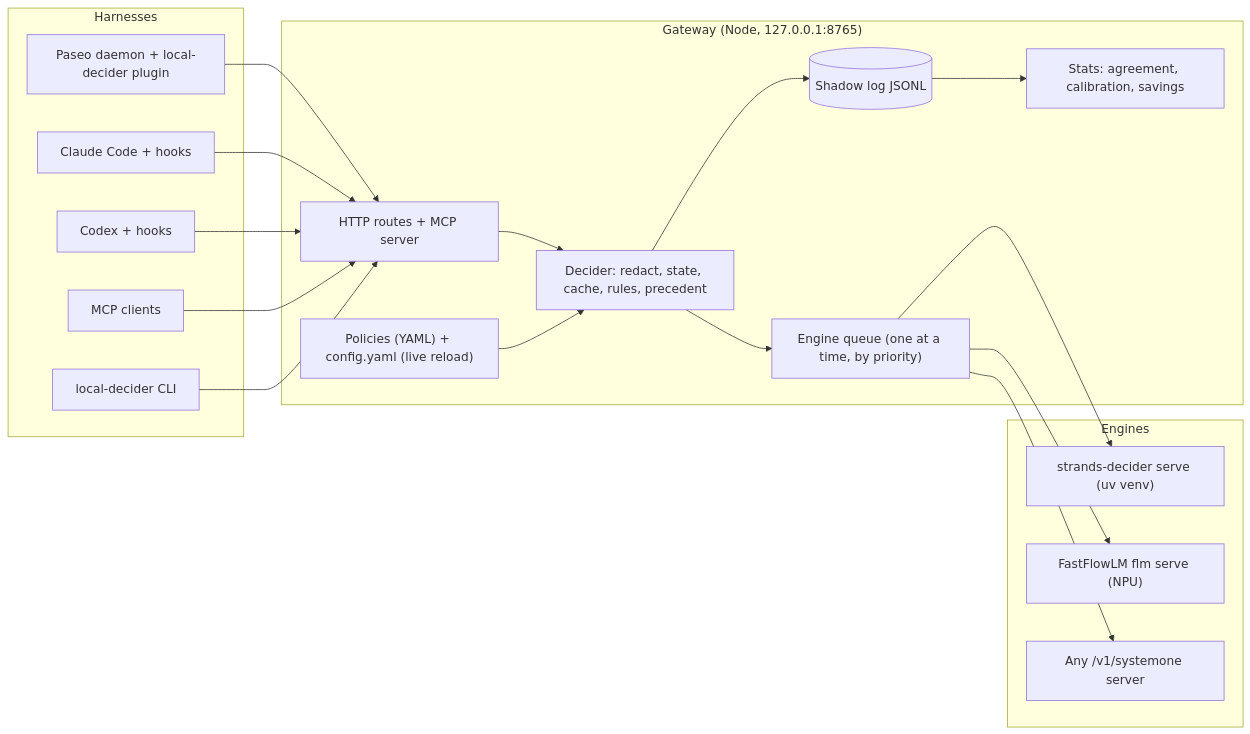
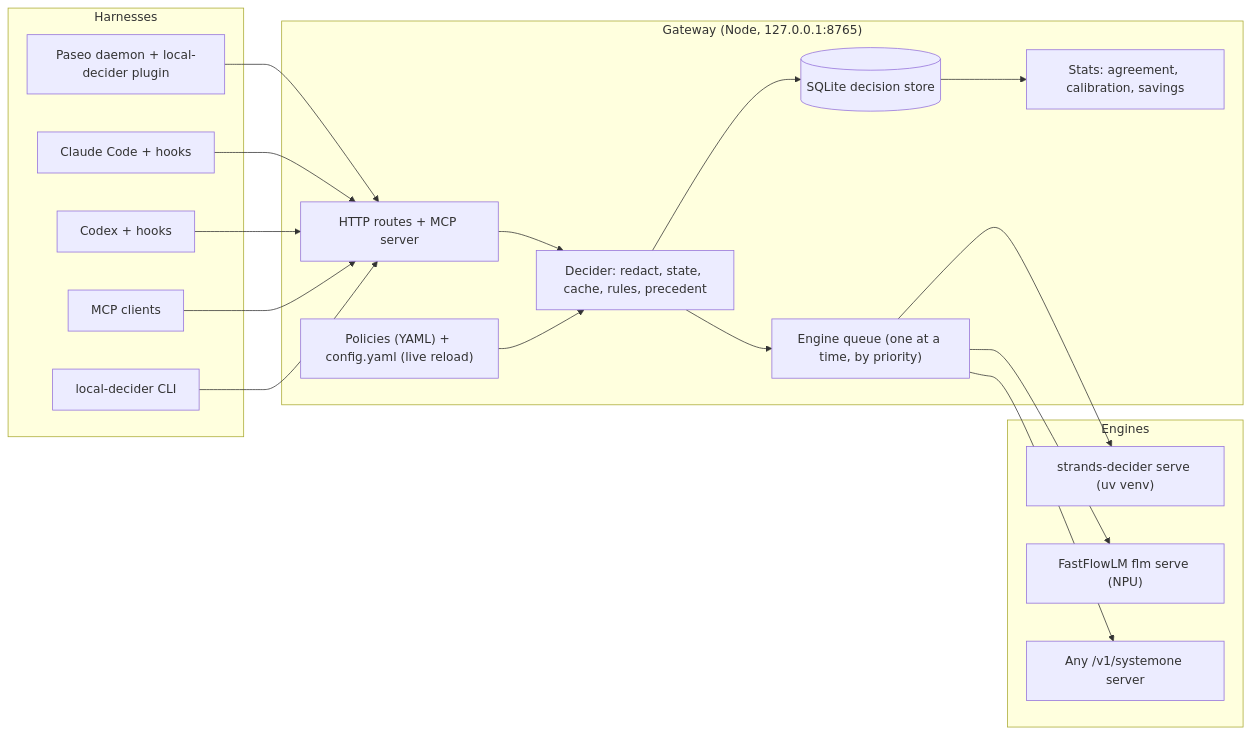
Before and after one commit to SkeLLLa/local-decider: the first of 4 diagrams in docs/architecture.md, drawn with Mermaid. The commit also changed other lines of this file and 45 other files, not shown here.

First line of the commit message:
feat: sqlite store (#15)

````diff
--- a/docs/architecture.md
+++ b/docs/architecture.md
@@ -9,36 +9,36 @@
 ```mermaid
 flowchart LR
   subgraph Harnesses
     PA["Paseo daemon + local-decider plugin"]
     CC["Claude Code + hooks"]
     CX["Codex + hooks"]
     MC["MCP clients"]
     CLI["local-decider CLI"]
   end
   subgraph Gateway["Gateway (Node, 127.0.0.1:8765)"]
     HTTP["HTTP routes + MCP server"]
     DEC["Decider: redact, state, cache, rules, precedent"]
     POL["Policies (YAML) + config.yaml (live reload)"]
     Q["Engine queue (one at a time, by priority)"]
-    LOG[("Shadow log JSONL")]
+    LOG[("SQLite decision store")]
     ST["Stats: agreement, calibration, savings"]
   end
   subgraph Engines
     SD["strands-decider serve (uv venv)"]
     FL["FastFlowLM flm serve (NPU)"]
     RM["Any /v1/systemone server"]
   end
   PA --> HTTP
   CC --> HTTP
   CX --> HTTP
   MC --> HTTP
   CLI --> HTTP
   HTTP --> DEC
   POL --> DEC
   DEC --> Q
   Q --> SD
   Q --> FL
   Q --> RM
   DEC --> LOG
   LOG --> ST
 ```
````
